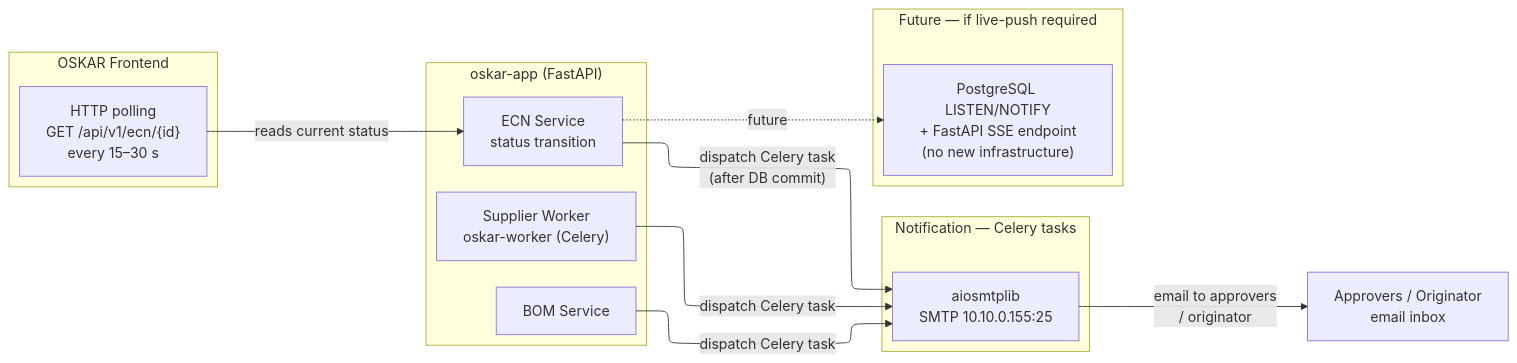
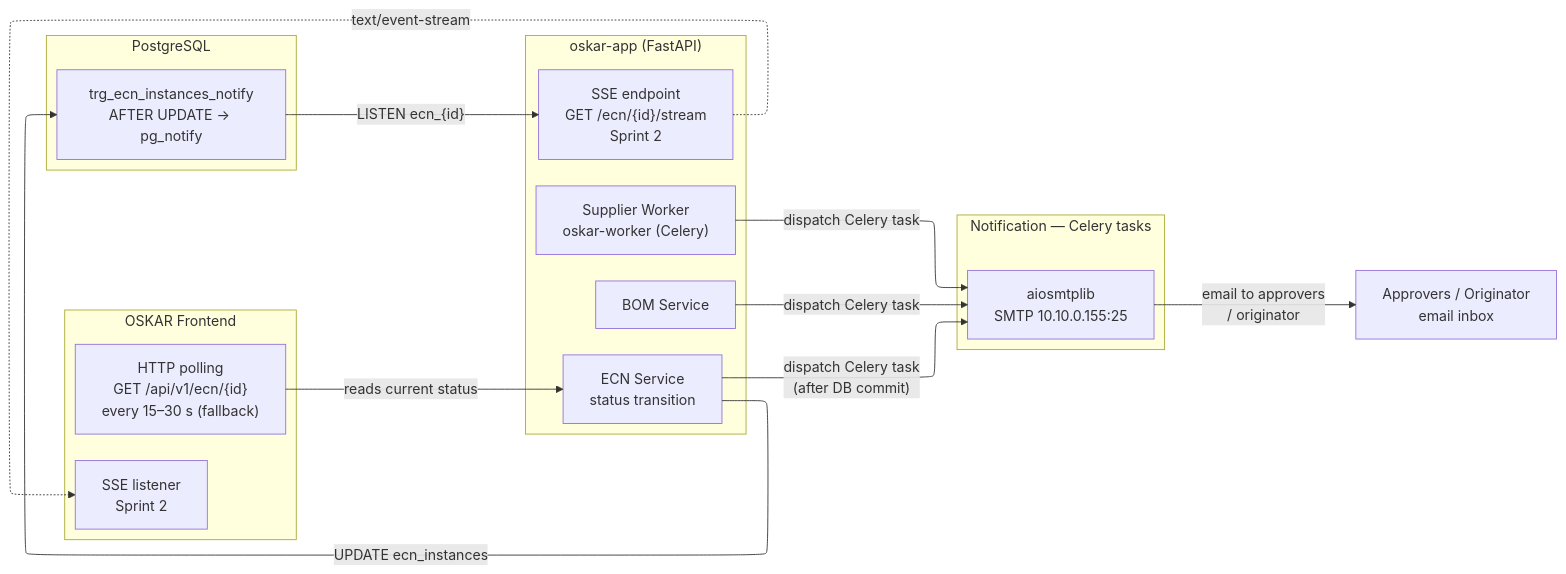
One commit to hsalazar-srx/Oskar changed the sixth of 16 diagrams in ai/memory/03-oskar-architecture.md. Above: the diagram before and after it, drawn with Mermaid. The commit also changed other lines of this file and 20 other files, not shown here.

````diff
--- a/ai/memory/03-oskar-architecture.md
+++ b/ai/memory/03-oskar-architecture.md
@@ -283,35 +286,39 @@
 ```mermaid
 ---
 config:
   theme: light
   layout: elk
   look: classic
 ---
 graph LR
   subgraph Services["oskar-app (FastAPI)"]
     ecn_svc["ECN Service<br/>status transition"]
     bom_svc["BOM Service"]
     sup_svc["Supplier Worker<br/>oskar-worker (Celery)"]
+    sse_ep["SSE endpoint<br/>GET /ecn/{id}/stream<br/>Sprint 2"]
   end
 
   subgraph Notify["Notification — Celery tasks"]
     smtp["aiosmtplib<br/>SMTP 10.10.0.155:25"]
   end
 
   subgraph FE["OSKAR Frontend"]
-    poll["HTTP polling<br/>GET /api/v1/ecn/{id}<br/>every 15–30 s"]
+    poll["HTTP polling<br/>GET /api/v1/ecn/{id}<br/>every 15–30 s (fallback)"]
+    sse_client["SSE listener<br/>Sprint 2"]
   end
 
-  subgraph Future["Future — if live-push required"]
-    ln["PostgreSQL LISTEN/NOTIFY<br/>+ FastAPI SSE endpoint<br/>(no new infrastructure)"]
+  subgraph PG["PostgreSQL"]
+    trigger["trg_ecn_instances_notify<br/>AFTER UPDATE → pg_notify"]
   end
 
   ecn_svc -->|"dispatch Celery task\n(after DB commit)"| smtp
   bom_svc -->|"dispatch Celery task"| smtp
   sup_svc -->|"dispatch Celery task"| smtp
 
-  ecn_svc -.->|"future"| ln
+  ecn_svc -->|"UPDATE ecn_instances"| trigger
+  trigger -->|"LISTEN ecn_{id}"| sse_ep
+  sse_ep -.->|"text/event-stream"| sse_client
+
   poll -->|"reads current status"| ecn_svc
-
   smtp -->|"email to approvers\n/ originator"| ext["Approvers / Originator<br/>email inbox"]
 ```
````
